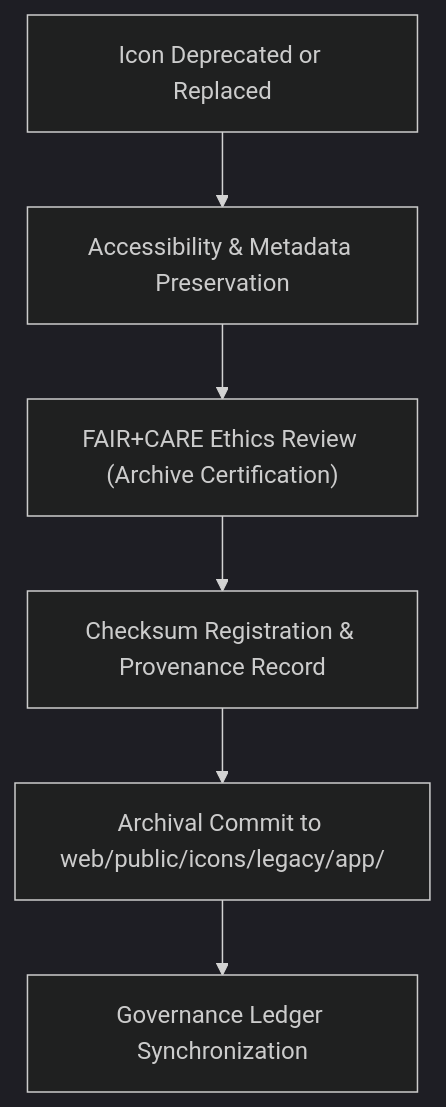
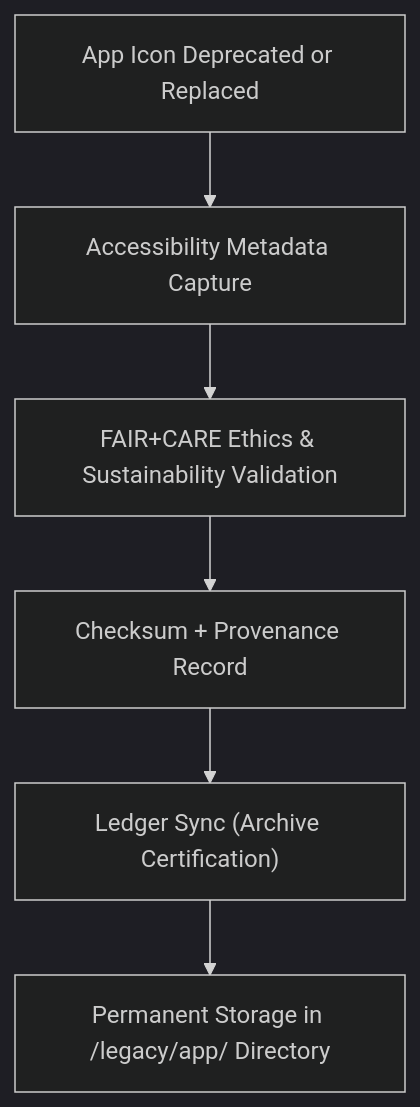
The diagram in web/public/icons/legacy/app/README.md (bartytime4life/Kansas-Frontier-Matrix), drawn with Mermaid (dark theme) before and after one commit. The commit also changed other lines of this file, not shown here.

````diff
--- a/web/public/icons/legacy/app/README.md
+++ b/web/public/icons/legacy/app/README.md
@@ -66,8 +58,8 @@
 ```mermaid
 flowchart TD
-    A["Icon Deprecated or Replaced"] --> B["Accessibility & Metadata Preservation"]
-    B --> C["FAIR+CARE Ethics Review (Archive Certification)"]
-    C --> D["Checksum Registration & Provenance Record"]
-    D --> E["Archival Commit to web/public/icons/legacy/app/"]
-    E --> F["Governance Ledger Synchronization"]
+A["App Icon Deprecated or Replaced"] --> B["Accessibility Metadata Capture"]
+B --> C["FAIR+CARE Ethics & Sustainability Validation"]
+C --> D["Checksum + Provenance Record"]
+D --> E["Ledger Sync (Archive Certification)"]
+E --> F["Permanent Storage in /legacy/app/ Directory"]
 ```
````
